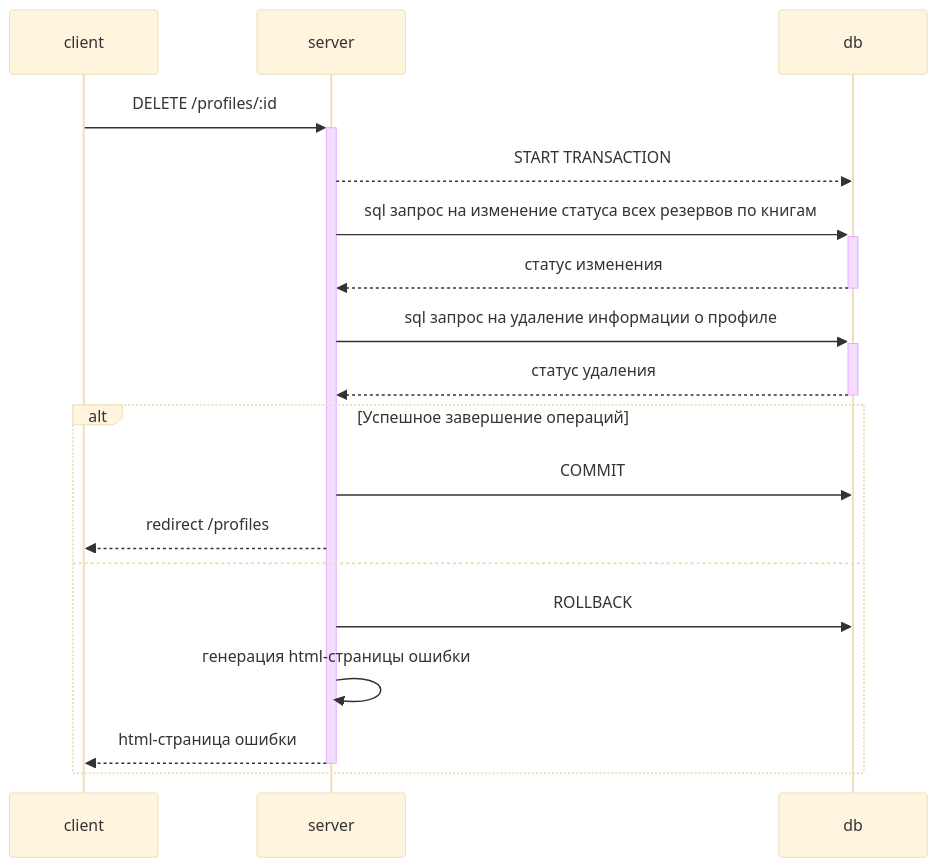
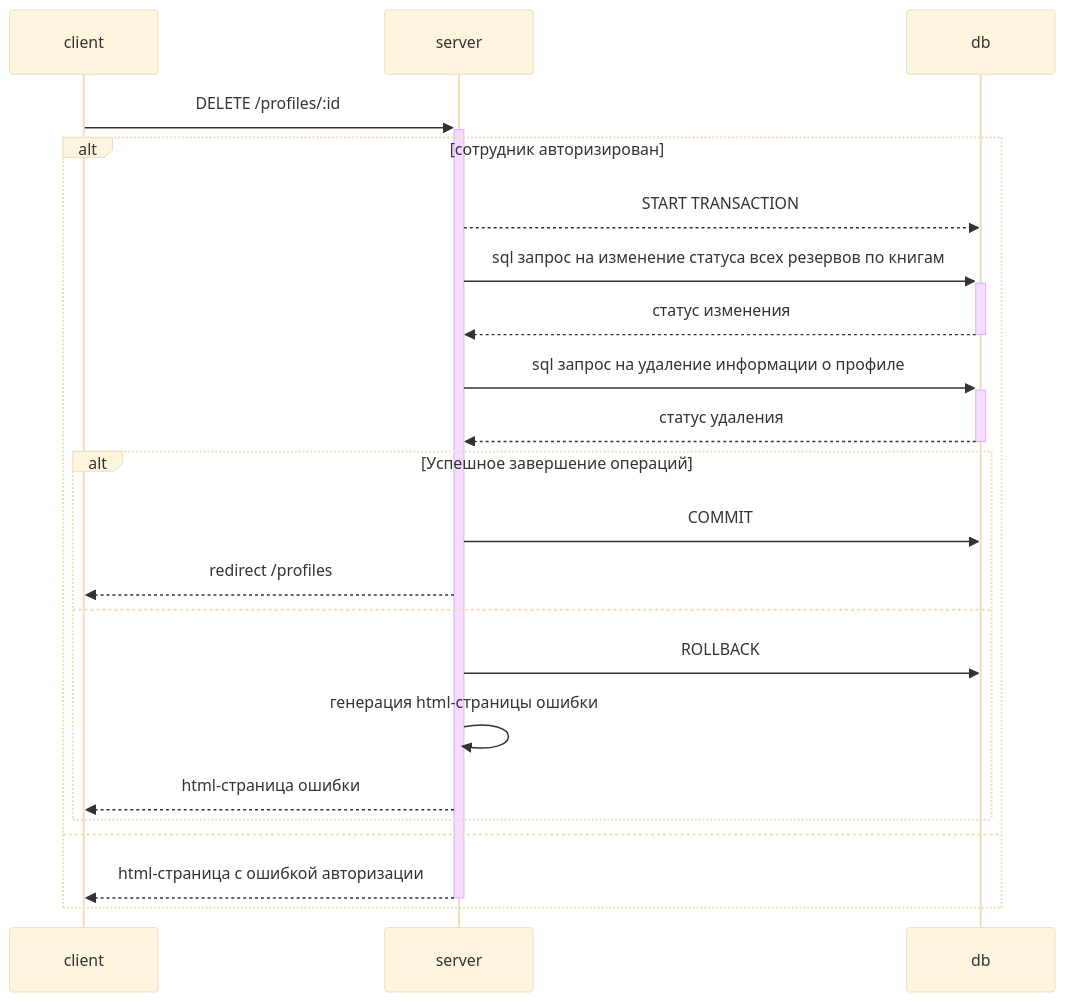
The diagram in documentation/diagrams/sequenceDiagrams/profiles.delete.id.md (Ergorium/Web-technology-3c-6s), drawn with Mermaid (base theme) before and after one commit. The commit also changed 16 other files, not shown here.

````diff
--- a/documentation/diagrams/sequenceDiagrams/profiles.delete.id.md
+++ b/documentation/diagrams/sequenceDiagrams/profiles.delete.id.md
@@ -3,20 +3,24 @@
 ```mermaid
 sequenceDiagram;
 	participant client
 	participant server
 	participant db
   client->>+server: DELETE /profiles/:id
-  server-->>db: START TRANSACTION
-  server->>+db: sql запрос на изменение статуса всех резервов по книгам
-  db-->>-server: статус изменения
-  server->>+db: sql запрос на удаление информации о профиле
-  db-->>-server: статус удаления
-  alt Успешное завершение операций
-    server->>db: COMMIT
-    server-->>client: redirect /profiles
+  alt сотрудник авторизирован
+    server-->>db: START TRANSACTION
+    server->>+db: sql запрос на изменение статуса всех резервов по книгам
+    db-->>-server: статус изменения
+    server->>+db: sql запрос на удаление информации о профиле
+    db-->>-server: статус удаления
+    alt Успешное завершение операций
+      server->>db: COMMIT
+      server-->>client: redirect /profiles
+    else
+      server->>db: ROLLBACK
+      server->>server: генерация html-страницы ошибки  
+      server-->>client: html-страница ошибки
+    end
   else
-    server->>db: ROLLBACK
-    server->>server: генерация html-страницы ошибки  
-    server-->>-client: html-страница ошибки
+    server-->>-client: html-страница с ошибкой авторизации
   end
-```
+  ```
````
